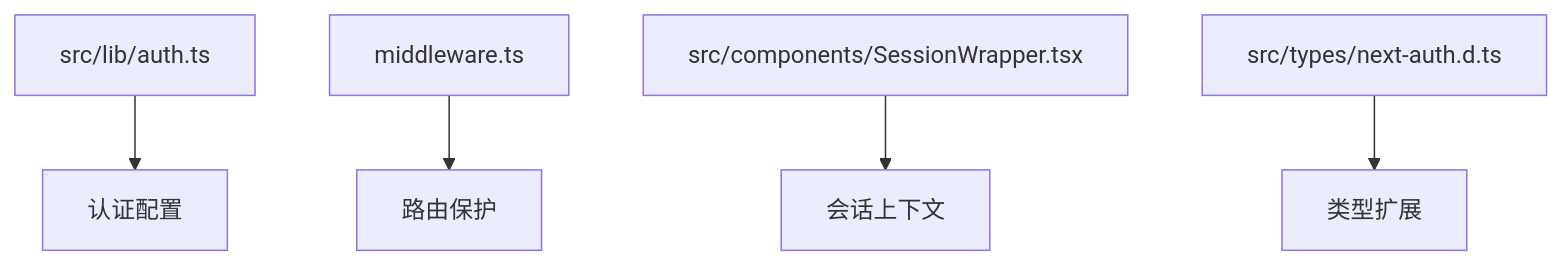
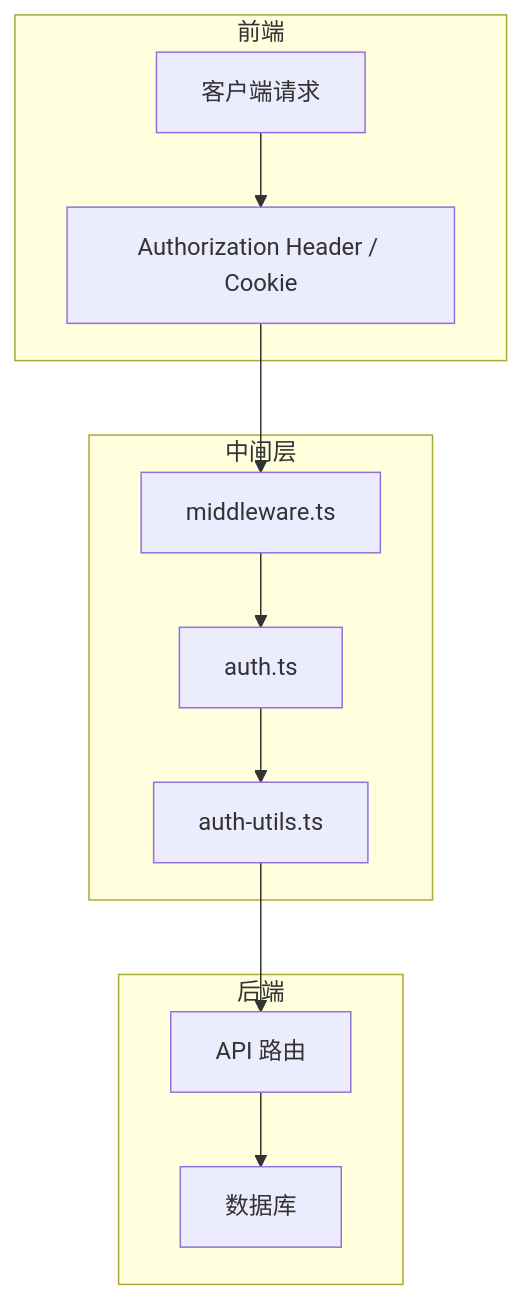
Before and after one commit to Eyre921/yunqi: the first of 6 diagrams in .qoder/repowiki/zh/content/后端架构/认证系统/会话管理.md, drawn with Mermaid. The commit also changed other lines of this file and 24 other files, not shown here.

````diff
--- a/.qoder/repowiki/zh/content/后端架构/认证系统/会话管理.md
+++ b/.qoder/repowiki/zh/content/后端架构/认证系统/会话管理.md
@@ -28,7 +29,17 @@
 ```mermaid
 graph TB
-A[src/lib/auth.ts] --> B[认证配置]
-C[middleware.ts] --> D[路由保护]
-E[src/components/SessionWrapper.tsx] --> F[会话上下文]
-G[src/types/next-auth.d.ts] --> H[类型扩展]
+subgraph "前端"
+A[客户端请求]
+B[Authorization Header / Cookie]
+end
+subgraph "中间层"
+C[middleware.ts]
+D[auth.ts]
+E[auth-utils.ts]
+end
+subgraph "后端"
+F[API 路由]
+G[数据库]
+end
+A --> B --> C --> D --> E --> F --> G
 ```
````
